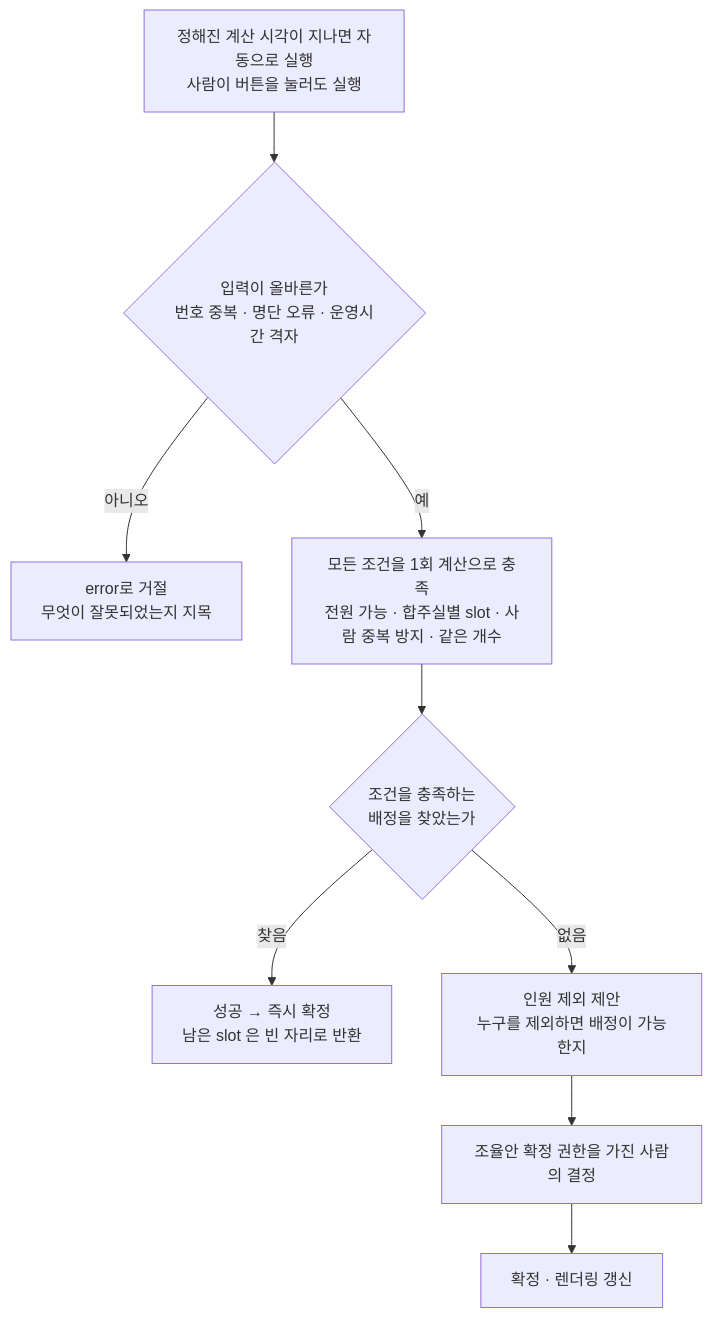
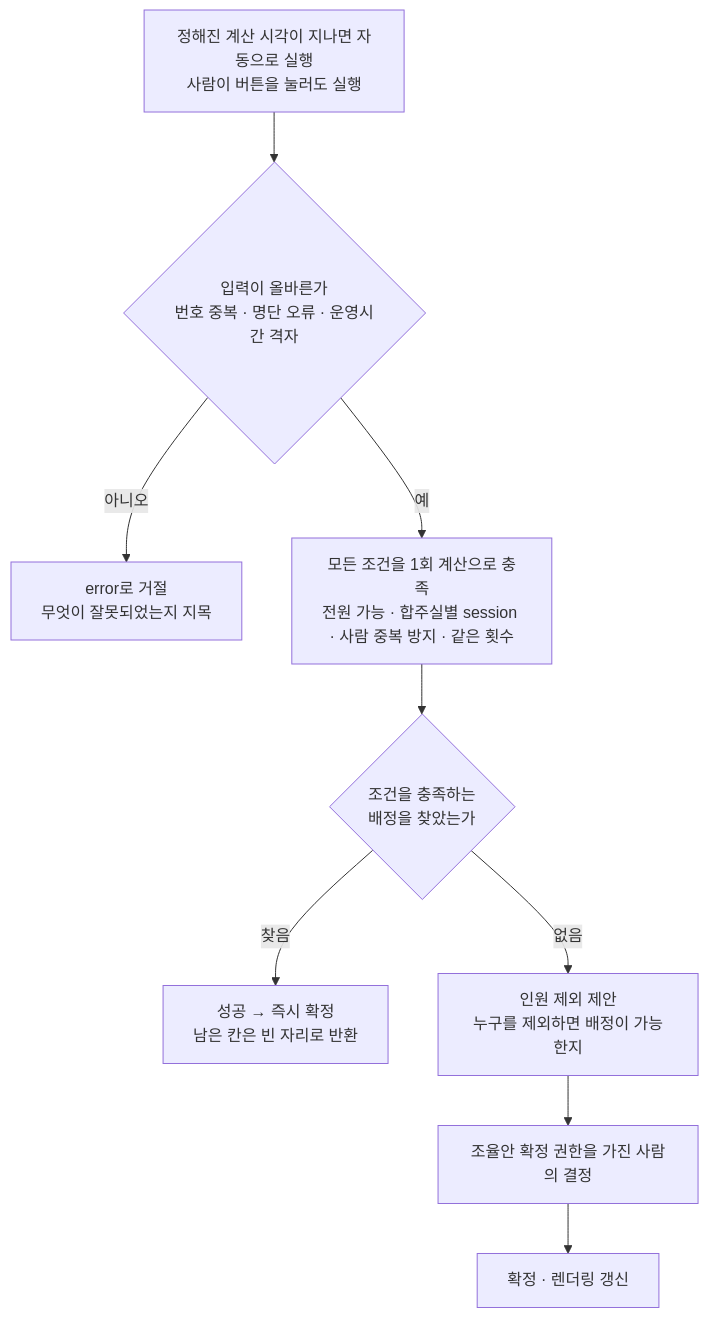
The first of 3 diagrams in .cluedoc/auto-assignment/README.md (minkong-dev/Banblit), drawn with Mermaid before and after one commit. The commit also changed other lines of this file and 23 other files, not shown here.

````diff
--- a/.cluedoc/auto-assignment/README.md
+++ b/.cluedoc/auto-assignment/README.md
@@ -27,11 +29,11 @@
 ```mermaid
 flowchart TD
     T[정해진 계산 시각이 지나면 자동으로 실행<br/>사람이 버튼을 눌러도 실행] --> V{입력이 올바른가<br/>번호 중복 · 명단 오류 · 운영시간 격자}
     V -->|아니오| E[error로 거절<br/>무엇이 잘못되었는지 지목]
-    V -->|예| S[모든 조건을 1회 계산으로 충족<br/>전원 가능 · 합주실별 slot · 사람 중복 방지 · 같은 개수]
+    V -->|예| S[모든 조건을 1회 계산으로 충족<br/>전원 가능 · 합주실별 session · 사람 중복 방지 · 같은 횟수]
     S --> Q{조건을 충족하는<br/>배정을 찾았는가}
-    Q -->|찾음| OK[성공 → 즉시 확정<br/>남은 slot 은 빈 자리로 반환]
+    Q -->|찾음| OK[성공 → 즉시 확정<br/>남은 칸은 빈 자리로 반환]
     Q -->|없음| P[인원 제외 제안<br/>누구를 제외하면 배정이 가능한지]
     P --> H[조율안 확정 권한을 가진 사람의 결정]
     H --> C[확정 · 렌더링 갱신]
 ```
````
